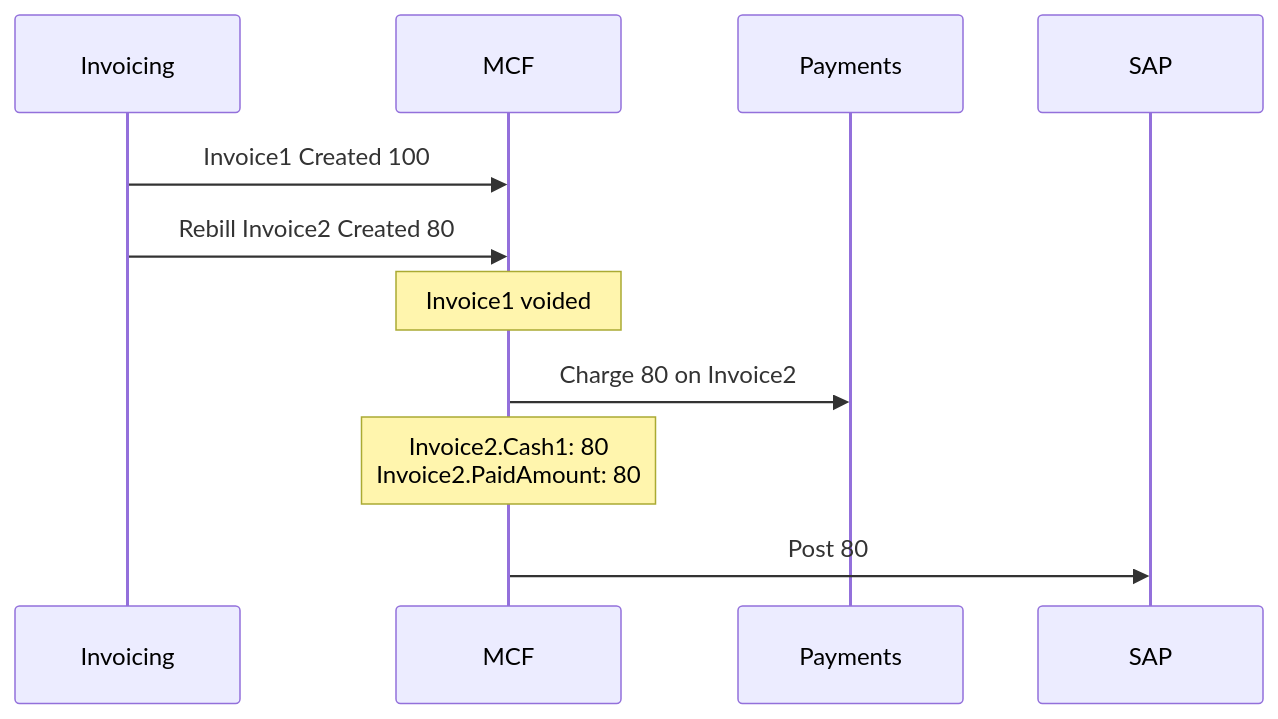
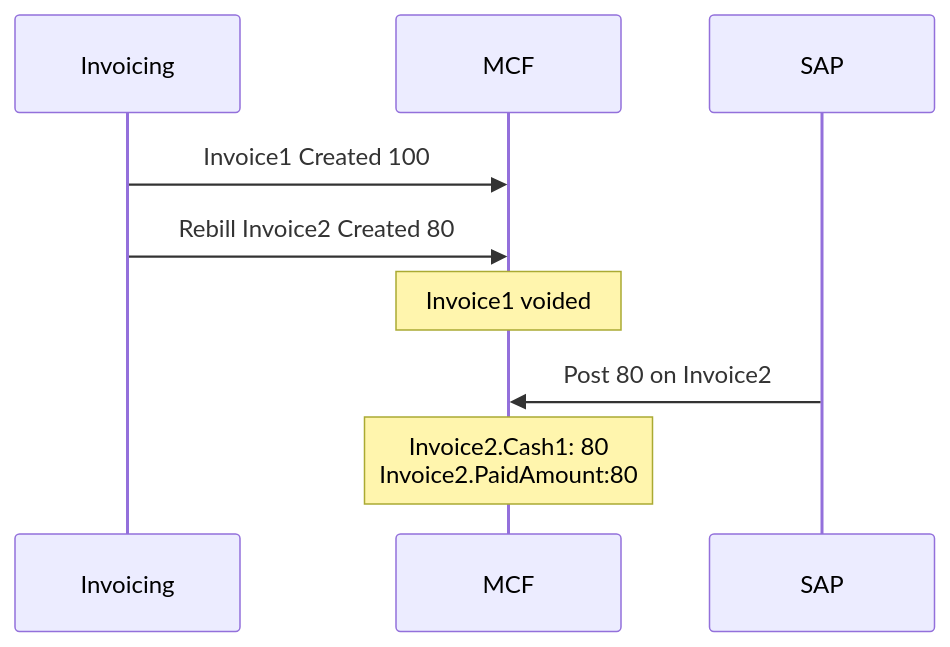
One commit to vikramsinha/test1 changed the seventh of 13 diagrams in MCF-SAP Scenarios.md. Above: the diagram before and after it, drawn with Mermaid. The commit also changed other lines of this file, not shown here.

Commit message:
Update MCF-SAP Scenarios.md

````diff
--- a/MCF-SAP Scenarios.md
+++ b/MCF-SAP Scenarios.md
@@ -109,14 +129,12 @@
 ```mermaid
 %%{init: {'theme': 'default'} }%%
 sequenceDiagram
     participant Invoicing
     participant MCF
-    participant Payments
     participant SAP
-    Invoicing->>MCF: Invoice1 Created 100
+    Invoicing->>MCF: Invoice1 Created 100    
     Invoicing->>MCF: Rebill Invoice2 Created 80
     Note over MCF: Invoice1 voided
-    MCF->>Payments: Charge 80 on Invoice2
-    Note over MCF: Invoice2.Cash1: 80<br/>Invoice2.PaidAmount: 80
-    MCF->>SAP: Post 80
+    SAP->>MCF: Post 80 on Invoice2
+    Note over MCF: Invoice2.Cash1: 80<br/>Invoice2.PaidAmount:80
 ```
````
